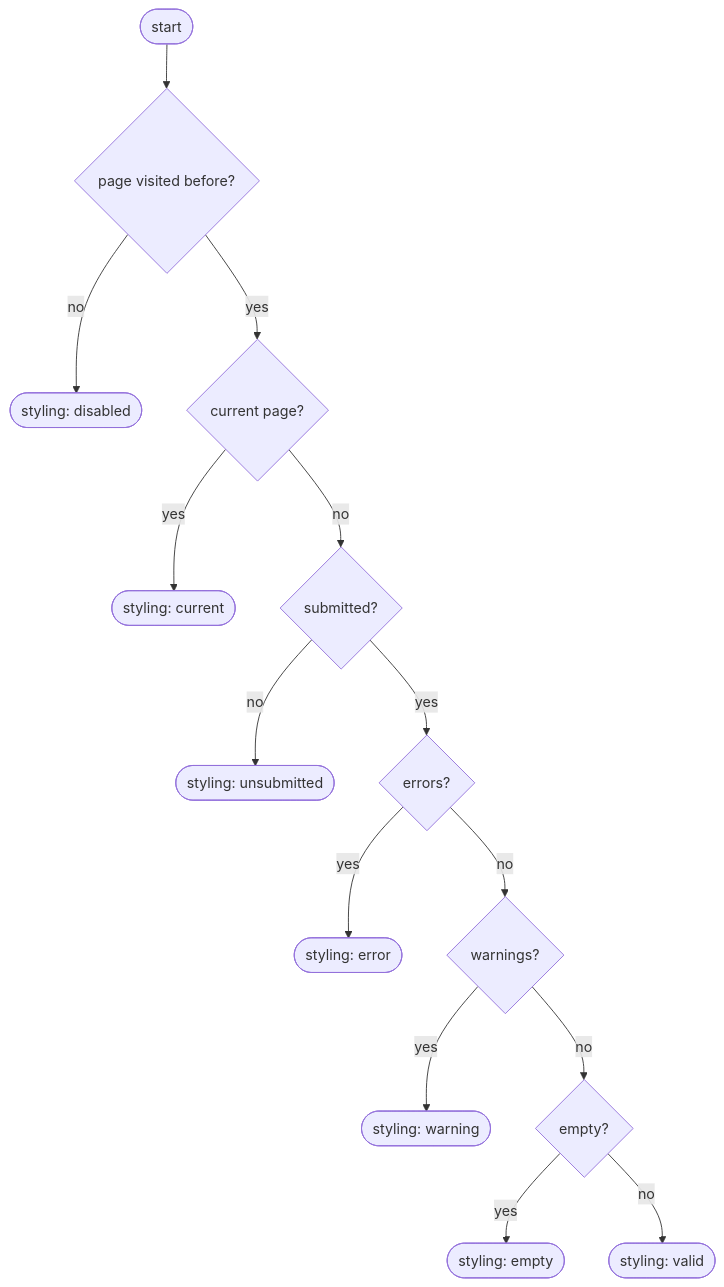
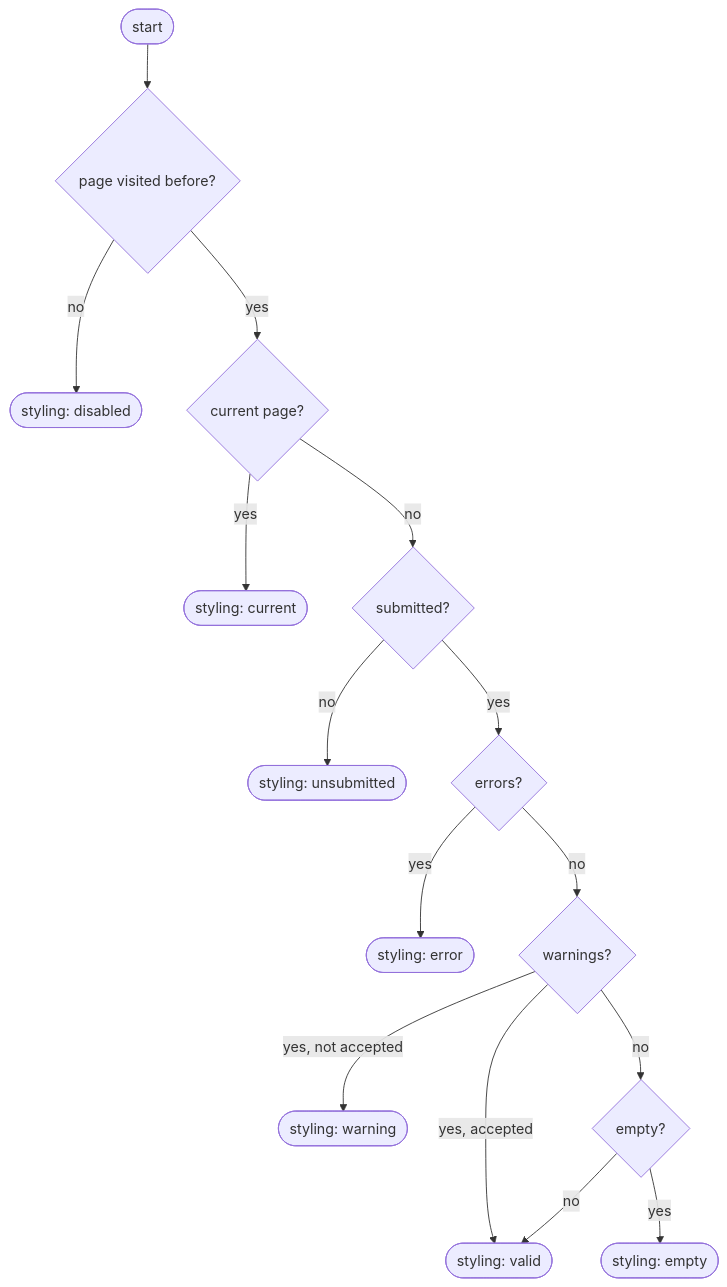
Before and after one commit to kiesraad/abacus: the first of 5 diagrams in documentatie/flowcharts/data-entry-forms.md, drawn with Mermaid.

Commit message:
Updated flowchart

````diff
--- a/documentatie/flowcharts/data-entry-forms.md
+++ b/documentatie/flowcharts/data-entry-forms.md
@@ -21,36 +21,37 @@
 ```mermaid
 flowchart TD
     %% elements
     flow-start([start])
 
     styling-disabled([styling: disabled])
     styling-current([styling: current])
     styling-unsubmitted([styling: unsubmitted])
     styling-error([styling: error])
     styling-warning([styling: warning])
     styling-empty([styling: empty])
     styling-valid([styling: valid])
 
     page-visited{page visited before?}
     current-page{current page?}
     submitted{submitted?}
 
     errors{errors?}
     warnings{warnings?}
     empty{empty?}
 
     %% flow
     flow-start --> page-visited
     page-visited -- no --> styling-disabled
     page-visited -- yes --> current-page
     current-page -- yes --> styling-current
     current-page -- no --> submitted
     submitted -- no --> styling-unsubmitted
     submitted -- yes --> errors
     errors -- yes --> styling-error
     errors -- no --> warnings
-    warnings -- yes --> styling-warning
+    warnings -- yes, accepted --> styling-valid
+    warnings -- yes, not accepted --> styling-warning
     warnings -- no --> empty
     empty -- yes --> styling-empty
     empty -- no --> styling-valid
 ```
````
